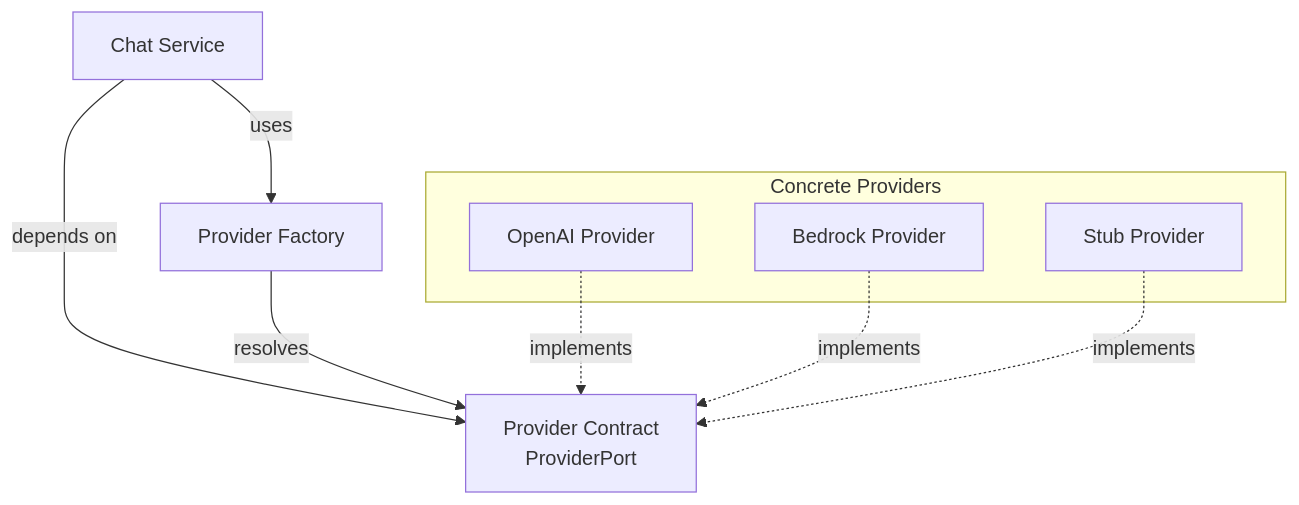
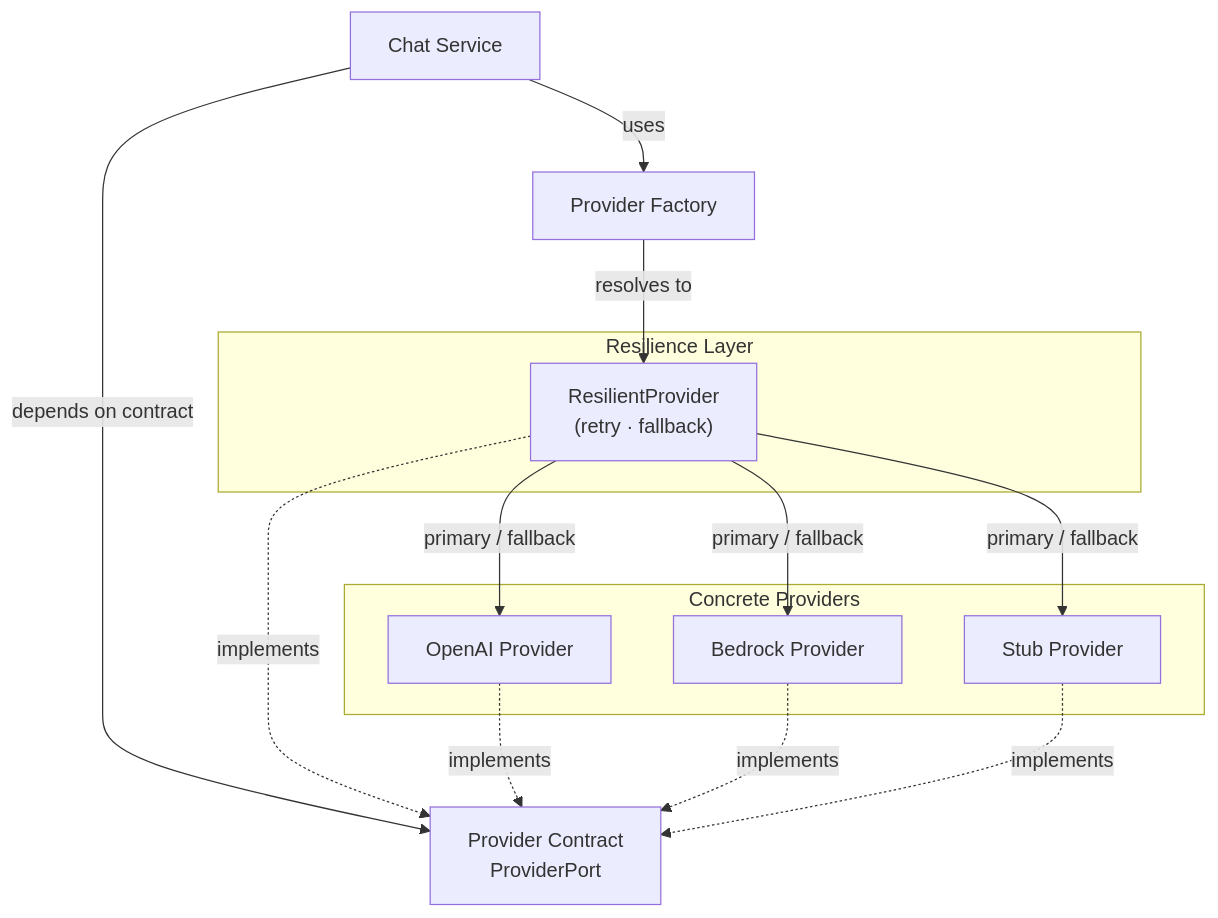
One commit to matudasilva/llm-chat-platform changed the diagram in docs/working/diagrams/architecture/provider-abstraction-architecture-v1.mmd. Above: the diagram before and after it, drawn with Mermaid. The commit also changed 2 other files, not shown here.

Commit message:
docs(ORQ-18.1): update architecture diagrams to reflect current implementation
provider-abstraction-architecture-v1.mmd: add ResilientProvider as explicit
Resilience Layer between ProviderFactory and concrete providers. Factory resolves
to ResilientProvider (not directly to ProviderPort); ResilientProvider implements
ProviderPort and wraps primary/fallback concrete providers.

module-boundaries-architecture-v1.mmd: add http/ subgraph with TenantMiddleware
as outermost module layer; note ResilientProvider alongside Concrete Providers.

chat-flow-architecture-v2.mmd: add TenantMiddleware before /chat, add
ResilientProvider between ProviderFactory and LLM Provider, annotate Redis
with tenant-namespaced key format.

streaming-fallback-sequence-v1.mmd and chat-flow-architecture-v1.mmd: no changes
(accurate at their level of abstraction).

```diff
--- a/docs/working/diagrams/architecture/provider-abstraction-architecture-v1.mmd
+++ b/docs/working/diagrams/architecture/provider-abstraction-architecture-v1.mmd
@@ -1,18 +1,25 @@
 flowchart TD
     CS["Chat Service"]
     PF["Provider Factory"]
     PC["Provider Contract<br/>ProviderPort"]
+
+    subgraph RESILIENT["Resilience Layer"]
+        RP["ResilientProvider<br/>(retry · fallback)"]
+    end
 
     subgraph PROVIDERS["Concrete Providers"]
         OP["OpenAI Provider"]
         BP["Bedrock Provider"]
         SP["Stub Provider"]
     end
 
     CS -->|uses| PF
-    CS -->|depends on| PC
-    PF -->|resolves| PC
-
+    CS -->|depends on contract| PC
+    PF -->|resolves to| RP
+    RP -.implements .-> PC
+    RP -->|primary / fallback| OP
+    RP -->|primary / fallback| BP
+    RP -->|primary / fallback| SP
     OP -.implements .-> PC
     BP -.implements .-> PC
     SP -.implements .-> PC
```
